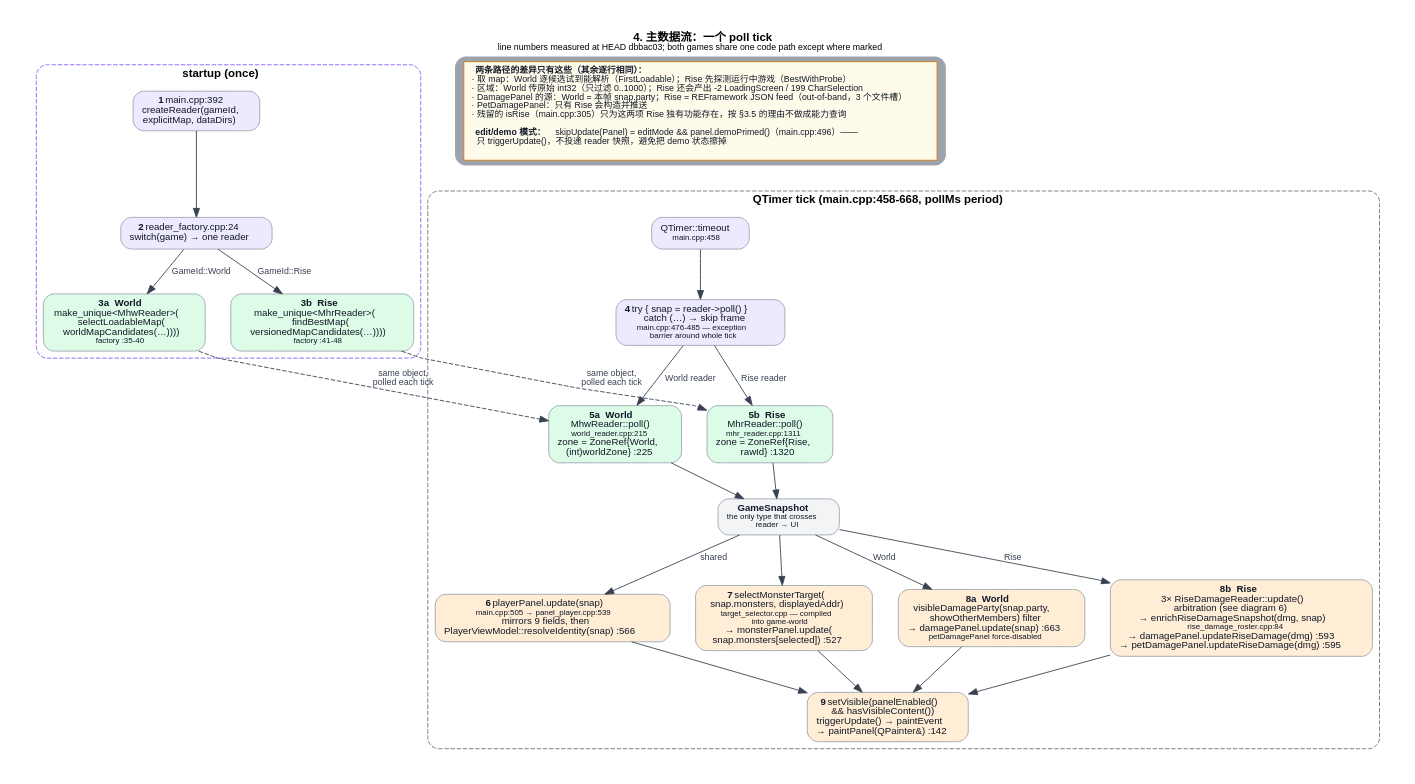
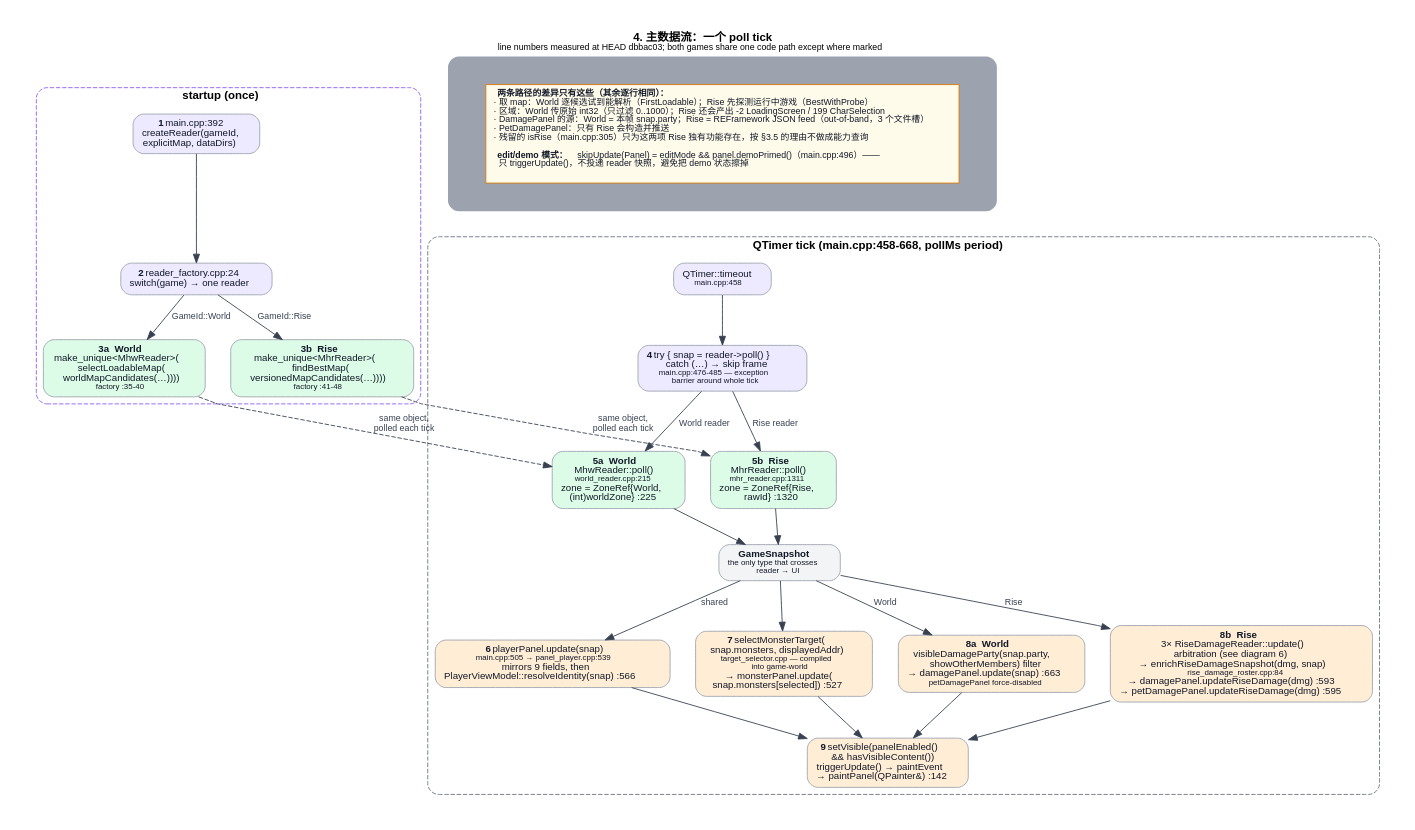
The diagram in docs/uml/04-dataflow.dot (27-exe/monster-overlay), drawn with Graphviz before and after one commit. The commit also changed 2 other files, not shown here.

Commit message:
docs(uml): stop the data-flow note from overlapping the title
04-dataflow's "what differs between the two paths" box collided with the
figure title and the tick cluster. The dot source was not wrong — the note
was a plaintext node on the main flow with a default margin, so Graphviz
laid it out where the other nodes went and squeezed the label.

rank=sink plus a margin pulls it out of the flow chain and gives it room.
Verified by rendering, not by inspection: I looked at the result, then
checked that the other five diagrams regenerate byte-identical, so the
change is confined to the one box.

Nothing about the diagram's content moved — the same five differences
between the World and Rise paths, the same edit/demo note, the same
file:line on every box.

```diff
--- a/docs/uml/04-dataflow.dot
+++ b/docs/uml/04-dataflow.dot
@@ -1,60 +1,60 @@
 digraph g04_dataflow {
 graph [bgcolor="white", pad="0.35", splines=polyline, nodesep="0.4", ranksep="0.55", fontname="Helvetica", fontsize=13];
 node [fontname="Helvetica", fontsize=11, shape=box, style="rounded,filled", color="#9CA3AF", fontcolor="#111827", margin="0.14,0.09"];
 edge [fontname="Helvetica", fontsize=10, color="#374151", fontcolor="#374151"];
 
 
   labelloc="t";
   label=<<B>4. 主数据流：一个 poll tick</B><BR/><FONT POINT-SIZE="10">line numbers measured at HEAD dbbac03; both games share one code path except where marked</FONT>>;
 
   subgraph cluster_setup {
     label=<<B>startup (once)</B>>; style="rounded,dashed"; color="#8B5CF6";
     s1 [label=<<B>1</B> main.cpp:392<BR/>createReader(gameId,<BR/>explicitMap, dataDirs)>, fillcolor="#EDE9FE"];
     s2 [label=<<B>2</B> reader_factory.cpp:24<BR/>switch(game) → one reader>, fillcolor="#EDE9FE"];
     s3w [label=<<B>3a  World</B><BR/>make_unique&lt;MhwReader&gt;(<BR/>&#160;&#160;selectLoadableMap(<BR/>&#160;&#160;&#160;&#160;worldMapCandidates(…))))<BR/><FONT POINT-SIZE="9">factory :35-40</FONT>>, fillcolor="#DCFCE7"];
     s3r [label=<<B>3b  Rise</B><BR/>make_unique&lt;MhrReader&gt;(<BR/>&#160;&#160;findBestMap(<BR/>&#160;&#160;&#160;&#160;versionedMapCandidates(…))))<BR/><FONT POINT-SIZE="9">factory :41-48</FONT>>, fillcolor="#DCFCE7"];
     s1 -> s2;
     s2 -> s3w [label="GameId::World"];
     s2 -> s3r [label="GameId::Rise"];
   }
 
   subgraph cluster_tick {
     label=<<B>QTimer tick (main.cpp:458-668, pollMs period)</B>>; style="rounded,dashed"; color="#6B7280";
     t0 [label=<QTimer::timeout<BR/><FONT POINT-SIZE="9">main.cpp:458</FONT>>, fillcolor="#EDE9FE"];
     t1 [label=<<B>4</B> try { snap = reader-&gt;poll() }<BR/>catch (…) → skip frame<BR/><FONT POINT-SIZE="9">main.cpp:476-485 — exception</FONT><BR/><FONT POINT-SIZE="9">barrier around whole tick</FONT>>, fillcolor="#EDE9FE"];
     t2w [label=<<B>5a  World</B><BR/>MhwReader::poll()<BR/><FONT POINT-SIZE="9">world_reader.cpp:215</FONT><BR/>zone = ZoneRef{World,<BR/>&#160;&#160;(int)worldZone} :225<br/>>, fillcolor="#DCFCE7"];
     t2r [label=<<B>5b  Rise</B><BR/>MhrReader::poll()<BR/><FONT POINT-SIZE="9">mhr_reader.cpp:1311</FONT><BR/>zone = ZoneRef{Rise,<BR/>&#160;&#160;rawId} :1320<br/>>, fillcolor="#DCFCE7"];
     snap [label=<<B>GameSnapshot</B><BR/><FONT POINT-SIZE="9">the only type that crosses</FONT><BR/><FONT POINT-SIZE="9">reader → UI</FONT>>, fillcolor="#F3F4F6"];
     t3 [label=<<B>6</B> playerPanel.update(snap)<BR/><FONT POINT-SIZE="9">main.cpp:505 → panel_player.cpp:539</FONT><BR/>mirrors 9 fields, then<BR/>PlayerViewModel::resolveIdentity(snap) :566<br/>>, fillcolor="#FFEDD5"];
     t4 [label=<<B>7</B> selectMonsterTarget(<BR/>&#160;&#160;snap.monsters, displayedAddr)<BR/><FONT POINT-SIZE="9">target_selector.cpp — compiled</FONT><BR/><FONT POINT-SIZE="9">into game-world</FONT><BR/>→ monsterPanel.update(<BR/>&#160;&#160;&#160;snap.monsters[selected]) :527<br/>>, fillcolor="#FFEDD5"];
     t5w [label=<<B>8a  World</B><BR/>visibleDamageParty(snap.party,<BR/>&#160;&#160;showOtherMembers) filter<BR/>→ damagePanel.update(snap) :663<BR/><FONT POINT-SIZE="9">petDamagePanel force-disabled</FONT>>, fillcolor="#FFEDD5"];
     t5r [label=<<B>8b  Rise</B><BR/>3× RiseDamageReader::update()<BR/> arbitration (see diagram 6)<BR/>→ enrichRiseDamageSnapshot(dmg, snap)<BR/><FONT POINT-SIZE="9">rise_damage_roster.cpp:84</FONT><BR/>→ damagePanel.updateRiseDamage(dmg) :593<BR/>→ petDamagePanel.updateRiseDamage(dmg) :595<br/>>, fillcolor="#FFEDD5"];
     t6 [label=<<B>9</B> setVisible(panelEnabled()<BR/>&#160;&#160;&amp;&amp; hasVisibleContent())<BR/>triggerUpdate() → paintEvent<BR/>→ paintPanel(QPainter&amp;) :142<br/>>, fillcolor="#FFEDD5"];
 
     t0 -> t1;
     t1 -> t2w [label="World reader"];
     t1 -> t2r [label="Rise reader"];
     t2w -> snap; t2r -> snap;
     snap -> t3 [label="shared"];
     snap -> t4;
     snap -> t5w [label="World"];
     snap -> t5r [label="Rise"];
     t3 -> t6; t4 -> t6; t5w -> t6; t5r -> t6;
   }
 
   s3w -> t2w [style=dashed, label="same object,\npolled each tick"];
   s3r -> t2r [style=dashed, label="same object,\npolled each tick"];
 
-  note [shape=plaintext, label=<<TABLE BORDER="1" CELLBORDER="0" CELLSPACING="0" CELLPADDING="5" COLOR="#D97706" BGCOLOR="#FFFBEB"><TR><TD ALIGN="LEFT" BALIGN="LEFT"><FONT POINT-SIZE="10">
+  note [shape=plaintext, rank=sink, margin="0.6,0.45", label=<<TABLE BORDER="1" CELLBORDER="0" CELLSPACING="0" CELLPADDING="5" COLOR="#D97706" BGCOLOR="#FFFBEB"><TR><TD ALIGN="LEFT" BALIGN="LEFT"><FONT POINT-SIZE="10">
   <B>两条路径的差异只有这些（其余逐行相同）：</B><BR ALIGN="LEFT"/>
   · 取 map：World 逐候选试到能解析（FirstLoadable）；Rise 先探测运行中游戏（BestWithProbe）<BR ALIGN="LEFT"/>
   · 区域：World 传原始 int32（只过滤 0..1000）；Rise 还会产出 -2 LoadingScreen / 199 CharSelection<BR ALIGN="LEFT"/>
   · DamagePanel 的源：World = 本帧 snap.party；Rise = REFramework JSON feed（out-of-band，3 个文件槽）<BR ALIGN="LEFT"/>
   · PetDamagePanel：只有 Rise 会构造并推送<BR ALIGN="LEFT"/>
   · 残留的 isRise（main.cpp:305）只为这两项 Rise 独有功能存在，按 §3.5 的理由不做成能力查询<BR ALIGN="LEFT"/>
   <BR ALIGN="LEFT"/>
   <B>edit/demo 模式：</B>skipUpdate(Panel) = editMode &amp;&amp; panel.demoPrimed()（main.cpp:496）——<BR ALIGN="LEFT"/>
   &#160;&#160;只 triggerUpdate()，不投递 reader 快照，避免把 demo 状态擦掉<BR ALIGN="LEFT"/>
   </FONT></TD></TR></TABLE>>];
   note -> t0 [style=invis];
 }
```
